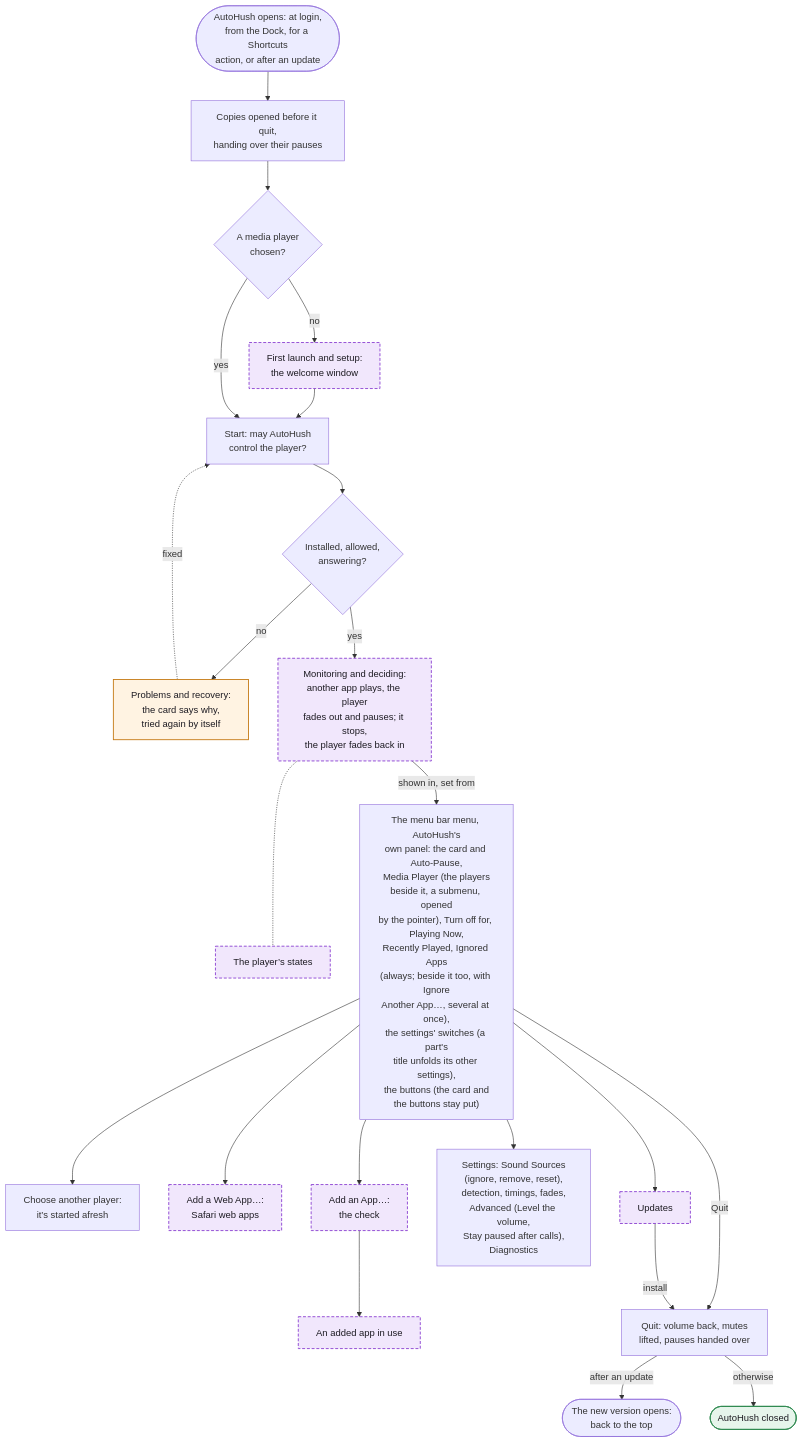
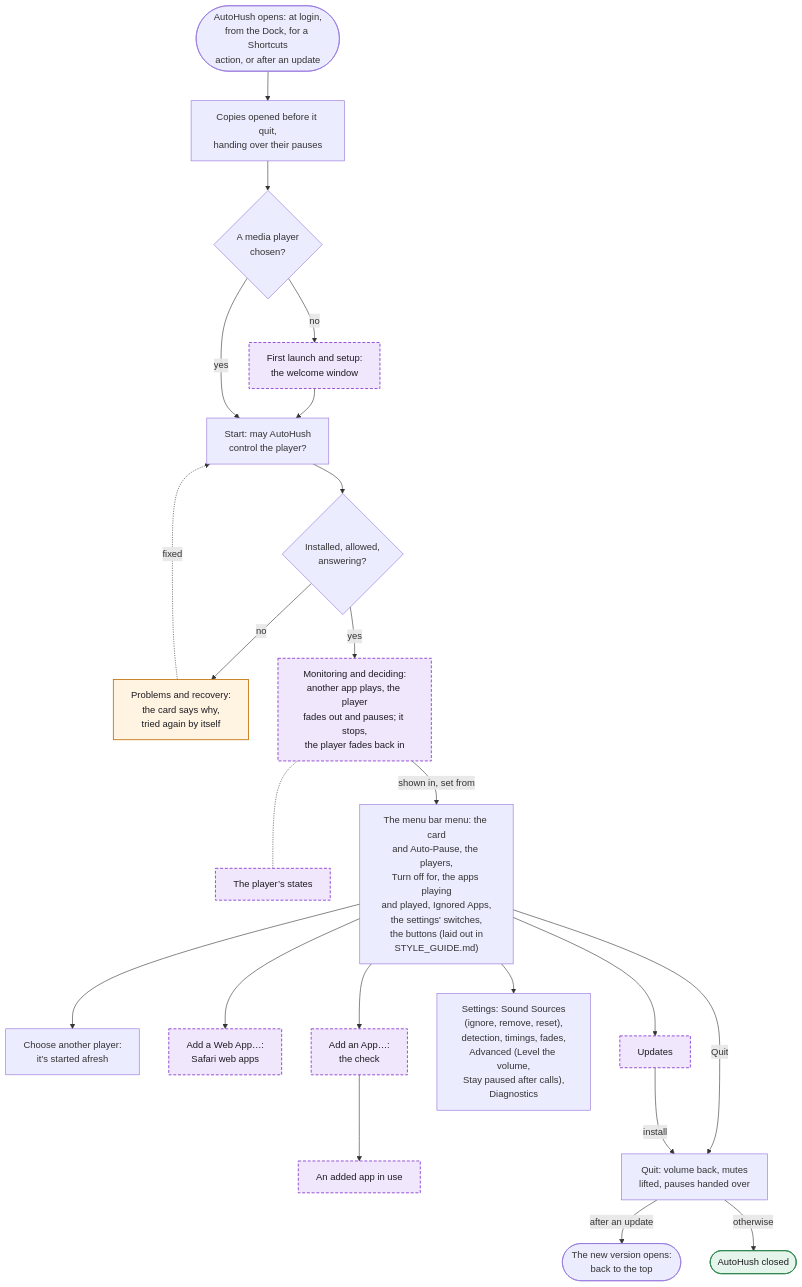
One commit to hfustercabre/AutoHush changed the first of 14 diagrams in WORKFLOWS.md. Above: the diagram before and after it, drawn with Mermaid. The commit also changed other lines of this file and 70 other files, not shown here.

````diff
--- a/WORKFLOWS.md
+++ b/WORKFLOWS.md
@@ -24,48 +24,48 @@
 ```mermaid
 flowchart TD
   L(["AutoHush opens: at login,<br/>from the Dock, for a Shortcuts<br/>action, or after an update"])
   O["Copies opened before it quit,<br/>handing over their pauses"]
   C{"A media player<br/>chosen?"}
   W["First launch and setup:<br/>the welcome window"]
   S["Start: may AutoHush<br/>control the player?"]
   P{"Installed, allowed,<br/>answering?"}
   R["Problems and recovery:<br/>the card says why,<br/>tried again by itself"]
   M["Monitoring and deciding:<br/>another app plays, the player<br/>fades out and pauses; it stops,<br/>the player fades back in"]
   ST["The player’s states"]
-  MENU["The menu bar menu, AutoHush's<br/>own panel: the card and Auto-Pause,<br/>Media Player (the players<br/>beside it, a submenu, opened<br/>by the pointer), Turn off for, Playing Now,<br/>Recently Played, Ignored Apps<br/>(always; beside it too, with Ignore<br/>Another App…, several at once),<br/>the settings' switches (a part's<br/>title unfolds its other settings),<br/>the buttons (the card and<br/>the buttons stay put)"]
+  MENU["The menu bar menu: the card<br/>and Auto-Pause, the players,<br/>Turn off for, the apps playing<br/>and played, Ignored Apps,<br/>the settings' switches,<br/>the buttons (laid out in<br/>STYLE_GUIDE.md)"]
   CH["Choose another player:<br/>it’s started afresh"]
   WA["Add a Web App…:<br/>Safari web apps"]
   AA["Add an App…:<br/>the check"]
   AU["An added app in use"]
   SET["Settings: Sound Sources<br/>(ignore, remove, reset),<br/>detection, timings, fades,<br/>Advanced (Level the volume,<br/>Stay paused after calls),<br/>Diagnostics"]
   UP["Updates"]
   Q["Quit: volume back, mutes<br/>lifted, pauses handed over"]
   RL(["The new version opens:<br/>back to the top"])
   QX(["AutoHush closed"])
 
   L --> O --> C
   C -->|"no"| W --> S
   C -->|"yes"| S
   S --> P
   P -->|"no"| R
   R -.->|"fixed"| S
   P -->|"yes"| M
   M -.- ST
   M -->|"shown in, set from"| MENU
   MENU --> CH
   MENU --> WA
   MENU --> AA --> AU
   MENU --> SET
   MENU --> UP
   MENU -->|"Quit"| Q
   UP -->|"install"| Q
   Q -->|"after an update"| RL
   Q -->|"otherwise"| QX
 
   class W,M,ST,WA,AA,AU,UP ref
   class R warn
   class QX done
   classDef ref fill:#f1e7fc,stroke:#8a3fd1,stroke-width:1.5px,stroke-dasharray: 5 3,color:#1d1b22
   classDef warn fill:#fff3e2,stroke:#c47812,stroke-width:1.5px,color:#1d1b22
   classDef done fill:#e6f5eb,stroke:#2f8a50,stroke-width:1.5px,color:#1d1b22
 ```
````
